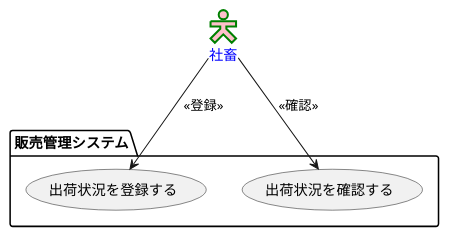
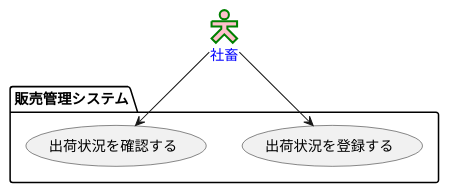
The diagram in 演習2-5_盛岡商事_販売管理システム.pu (fevertodori/uml-introduction), drawn with PlantUML before and after one commit. The commit also changed 1 other file, not shown here.

```diff
--- a/演習2-5_盛岡商事_販売管理システム.pu
+++ b/演習2-5_盛岡商事_販売管理システム.pu
@@ -1,12 +1,12 @@
 @startuml ユースケース図
 ' left to right direction
 skinparam actorStyle Hollow
 actor 社畜 #pink;line:red;line.bold;text:blue;line:green;line.bold;
 package 販売管理システム {
 usecase 出荷状況を登録する as T
 usecase 出荷状況を確認する as K
 }
-社畜 --> T:<<登録>>
-社畜 --> K:<<確認>>
+社畜 --> T
+社畜 --> K
 
 @enduml
```
